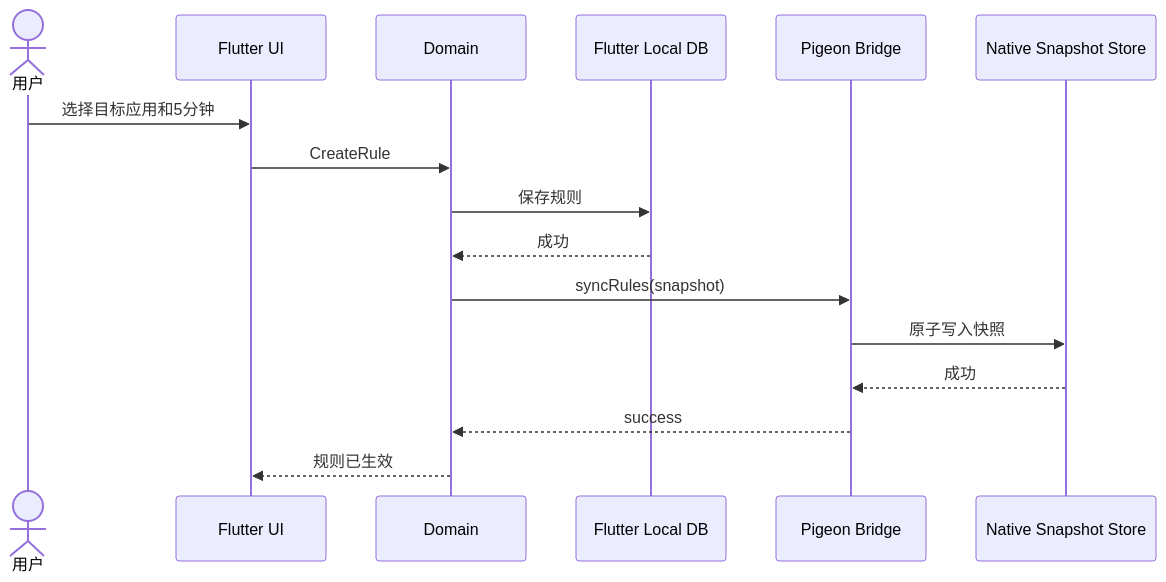
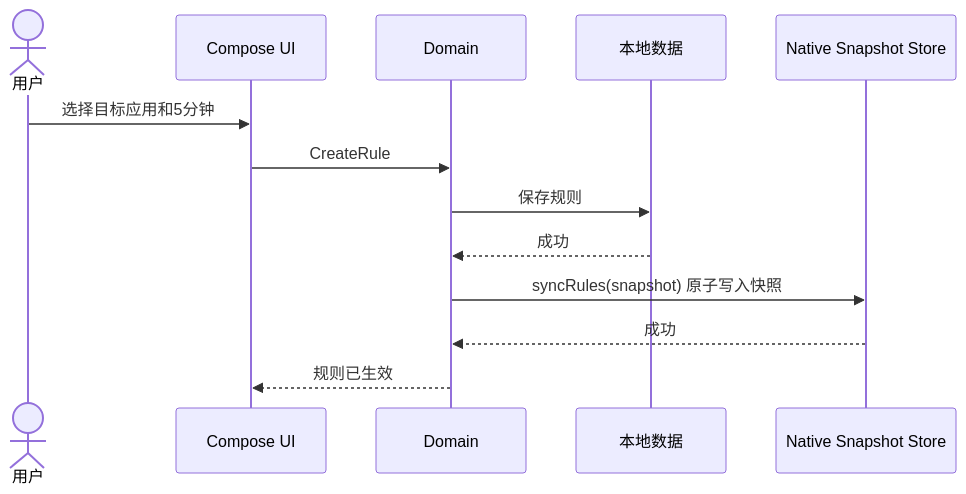
One commit to cxl88/PauseNow changed the fourth of 6 diagrams in docs/03_停一下_系统架构与项目推进方案.md. Above: the diagram before and after it, drawn with Mermaid. The commit also changed other lines of this file and 34 other files, not shown here.

````diff
--- a/docs/03_停一下_系统架构与项目推进方案.md
+++ b/docs/03_停一下_系统架构与项目推进方案.md
@@ -299,19 +298,16 @@
 ```mermaid
 sequenceDiagram
     actor U as 用户
-    participant F as Flutter UI
+    participant UI as Compose UI
     participant D as Domain
-    participant DB as Flutter Local DB
-    participant B as Pigeon Bridge
+    participant DB as 本地数据
     participant N as Native Snapshot Store
 
-    U->>F: 选择目标应用和5分钟
-    F->>D: CreateRule
+    U->>UI: 选择目标应用和5分钟
+    UI->>D: CreateRule
     D->>DB: 保存规则
     DB-->>D: 成功
-    D->>B: syncRules(snapshot)
-    B->>N: 原子写入快照
-    N-->>B: 成功
-    B-->>D: success
-    D-->>F: 规则已生效
+    D->>N: syncRules(snapshot) 原子写入快照
+    N-->>D: 成功
+    D-->>UI: 规则已生效
 ```
````
